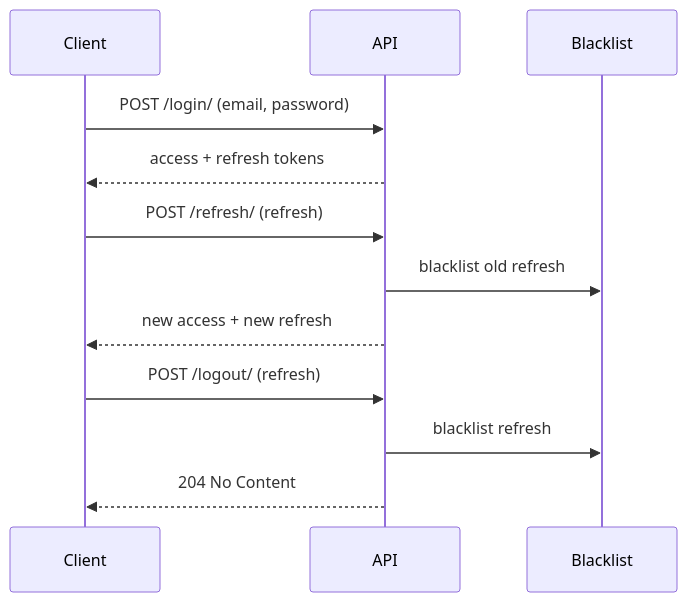
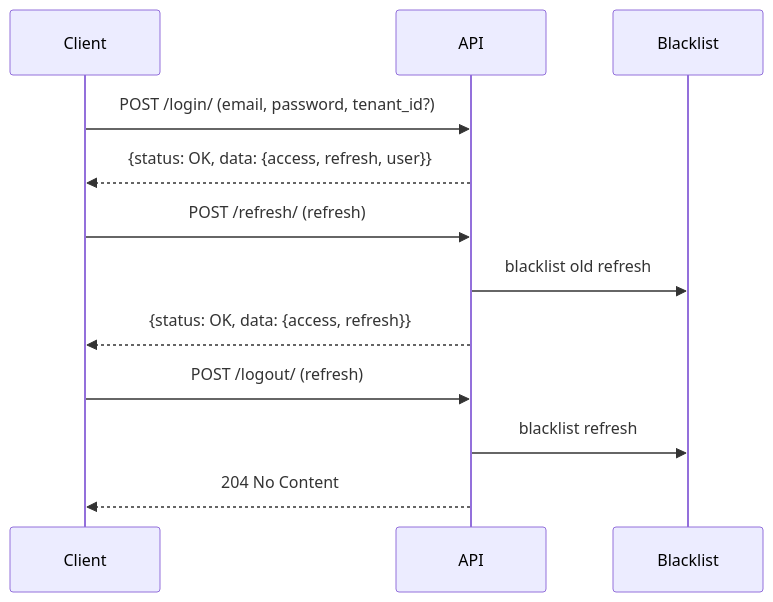
The diagram in apps/authentication/README.md (camercadop/drf-enterprise-information-platform), drawn with Mermaid before and after one commit. The commit also changed other lines of this file and 11 other files, not shown here.

````diff
--- a/apps/authentication/README.md
+++ b/apps/authentication/README.md
@@ -17,17 +44,17 @@
 ```mermaid
 sequenceDiagram
     participant Client
     participant API
     participant Blacklist
 
-    Client->>API: POST /login/ (email, password)
-    API-->>Client: access + refresh tokens
+    Client->>API: POST /login/ (email, password, tenant_id?)
+    API-->>Client: {status: OK, data: {access, refresh, user}}
 
     Client->>API: POST /refresh/ (refresh)
     API->>Blacklist: blacklist old refresh
-    API-->>Client: new access + new refresh
+    API-->>Client: {status: OK, data: {access, refresh}}
 
     Client->>API: POST /logout/ (refresh)
     API->>Blacklist: blacklist refresh
     API-->>Client: 204 No Content
 ```
````
